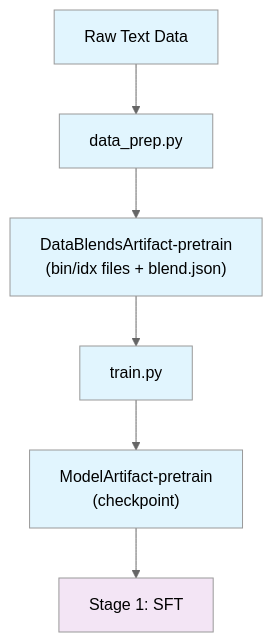
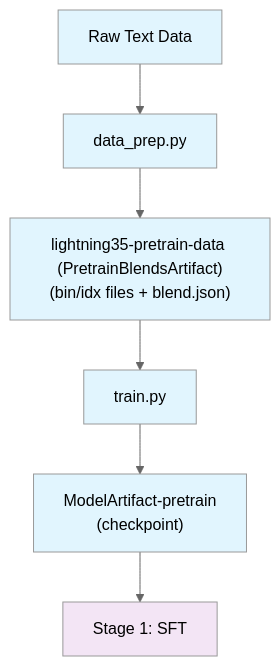
Before and after one commit to NVIDIA-NeMo/Nemotron: the diagram in src/nemotron/recipes/lightning35/stage0_pretrain/README.md, drawn with Mermaid (neutral theme). The commit also changed other lines of this file and 37 other files, not shown here.

````diff
--- a/src/nemotron/recipes/lightning35/stage0_pretrain/README.md
+++ b/src/nemotron/recipes/lightning35/stage0_pretrain/README.md
@@ -234,15 +234,15 @@
 ```mermaid
 flowchart TB
     raw["Raw Text Data"] --> dp["data_prep.py"]
-    dp --> data["DataBlendsArtifact-pretrain<br/>(bin/idx files + blend.json)"]
+    dp --> data["lightning35-pretrain-data (PretrainBlendsArtifact)<br/>(bin/idx files + blend.json)"]
     data --> train["train.py"]
     train --> model["ModelArtifact-pretrain<br/>(checkpoint)"]
     model --> next["Stage 1: SFT"]
 
     style raw fill:#e1f5fe
     style dp fill:#e1f5fe
     style data fill:#e1f5fe
     style train fill:#e1f5fe
     style model fill:#e1f5fe
     style next fill:#f3e5f5
 ```
````
